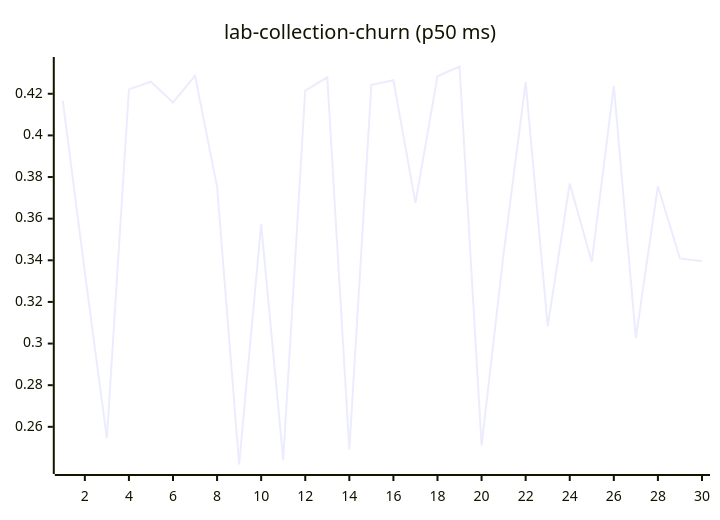
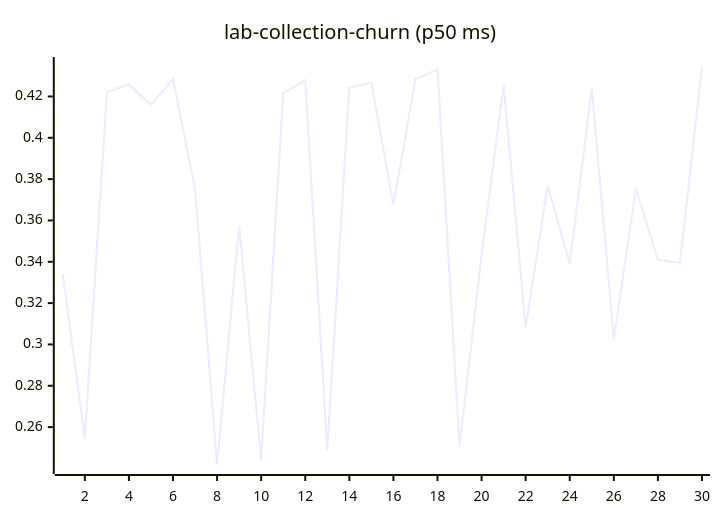
Diagram 11 of 27 in README.md (josha/Facet), drawn with Mermaid before and after one commit. The commit also changed other lines of this file and 2 other files, not shown here.

````diff
--- a/README.md
+++ b/README.md
@@ -133,6 +133,6 @@
 ```mermaid
 xychart-beta
     title "lab-collection-churn (p50 ms)"
     x-axis 1 --> 30
-    line [0.4167, 0.3342, 0.2545, 0.4221, 0.4258, 0.4158, 0.4286, 0.3753, 0.2419, 0.3575, 0.2441, 0.4215, 0.4279, 0.2490, 0.4243, 0.4265, 0.3676, 0.4284, 0.4331, 0.2510, 0.3432, 0.4256, 0.3083, 0.3769, 0.3392, 0.4238, 0.3026, 0.3756, 0.3409, 0.3395]
+    line [0.3342, 0.2545, 0.4221, 0.4258, 0.4158, 0.4286, 0.3753, 0.2419, 0.3575, 0.2441, 0.4215, 0.4279, 0.2490, 0.4243, 0.4265, 0.3676, 0.4284, 0.4331, 0.2510, 0.3432, 0.4256, 0.3083, 0.3769, 0.3392, 0.4238, 0.3026, 0.3756, 0.3409, 0.3395, 0.4345]
 ```
````
